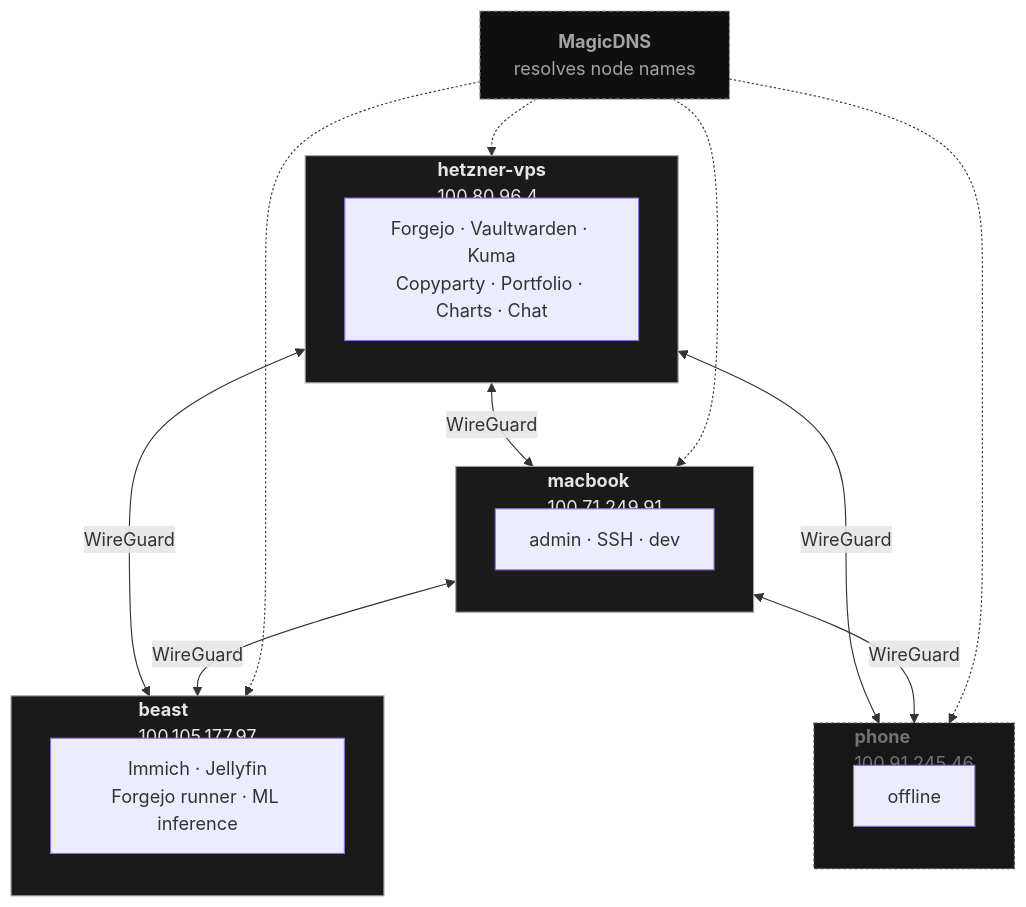
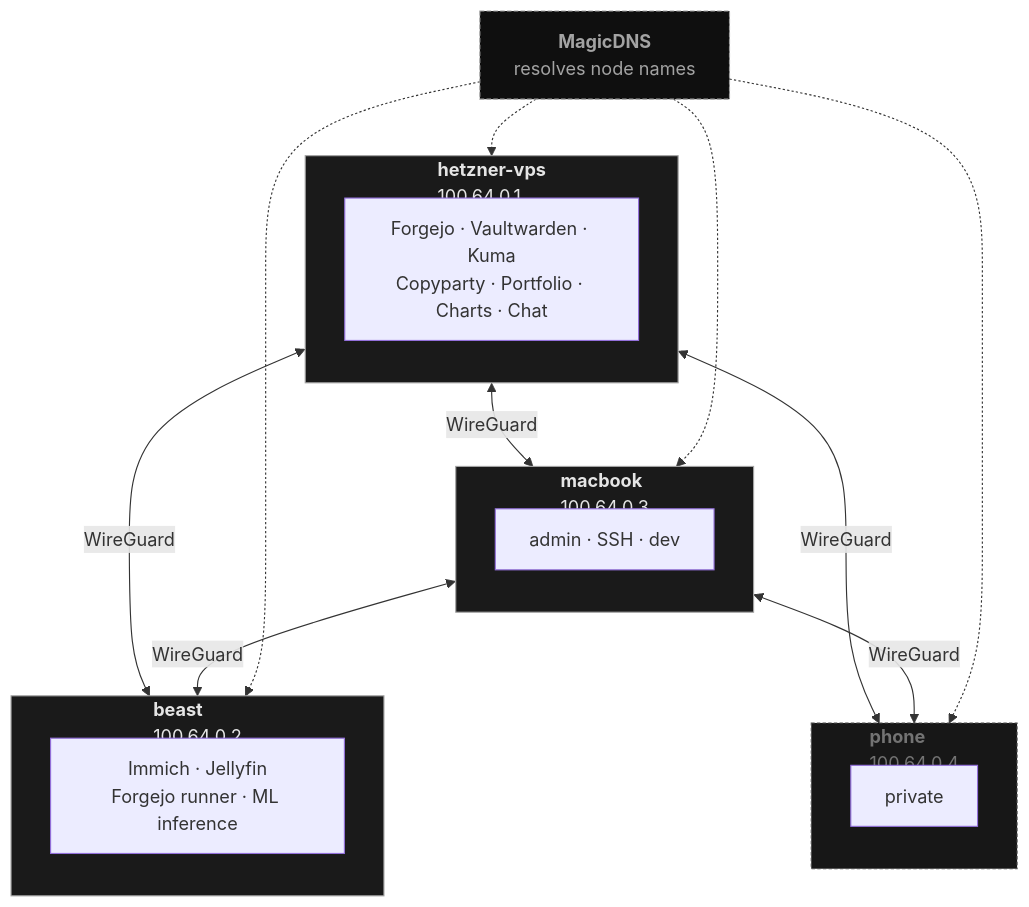
The diagram in diagrams/self-hosted/infra-tailnet.mmd (M4Marvin/main-site), drawn with Mermaid before and after one commit. The commit also changed 42 other files, not shown here.

```diff
--- a/diagrams/self-hosted/infra-tailnet.mmd
+++ b/diagrams/self-hosted/infra-tailnet.mmd
@@ -1,41 +1,41 @@
 flowchart TB
-    subgraph VPS["<b>hetzner-vps</b><br/>100.80.96.4"]
+    subgraph VPS["<b>hetzner-vps</b><br/>100.64.0.1"]
         direction TB
         VPS_SVC["Forgejo · Vaultwarden · Kuma<br/>Copyparty · Portfolio · Charts · Chat"]
     end
 
-    subgraph BEAST["<b>beast</b><br/>100.105.177.97"]
+    subgraph BEAST["<b>beast</b><br/>100.64.0.2"]
         direction TB
         BEAST_SVC["Immich · Jellyfin<br/>Forgejo runner · ML inference"]
     end
 
-    subgraph MAC["<b>macbook</b><br/>100.71.249.91"]
+    subgraph MAC["<b>macbook</b><br/>100.64.0.3"]
         direction TB
         MAC_SVC["admin · SSH · dev"]
     end
 
-    subgraph PHONE["<b>phone</b><br/>100.91.245.46"]
+    subgraph PHONE["<b>phone</b><br/>100.64.0.4"]
         direction TB
-        PHONE_SVC["offline"]
+        PHONE_SVC["private"]
     end
 
     DNS["<b>MagicDNS</b><br/>resolves node names"]
 
     VPS <-->|"WireGuard"| BEAST
     VPS <-->|"WireGuard"| MAC
     VPS <-->|"WireGuard"| PHONE
     MAC <-->|"WireGuard"| BEAST
     MAC <-->|"WireGuard"| PHONE
 
     DNS -.-> VPS
     DNS -.-> BEAST
     DNS -.-> MAC
     DNS -.-> PHONE
 
     classDef online fill:#1a1a1a,stroke:#a3a3a3,stroke-width:1px,color:#e5e5e5
     classDef offline fill:#171717,stroke:#525252,stroke-width:1px,stroke-dasharray:3 2,color:#737373
     classDef dns fill:#0f0f0f,stroke:#a3a3a3,stroke-width:1px,stroke-dasharray:4 2,color:#a3a3a3
 
     class VPS,BEAST,MAC online
     class PHONE offline
     class DNS dns
```
